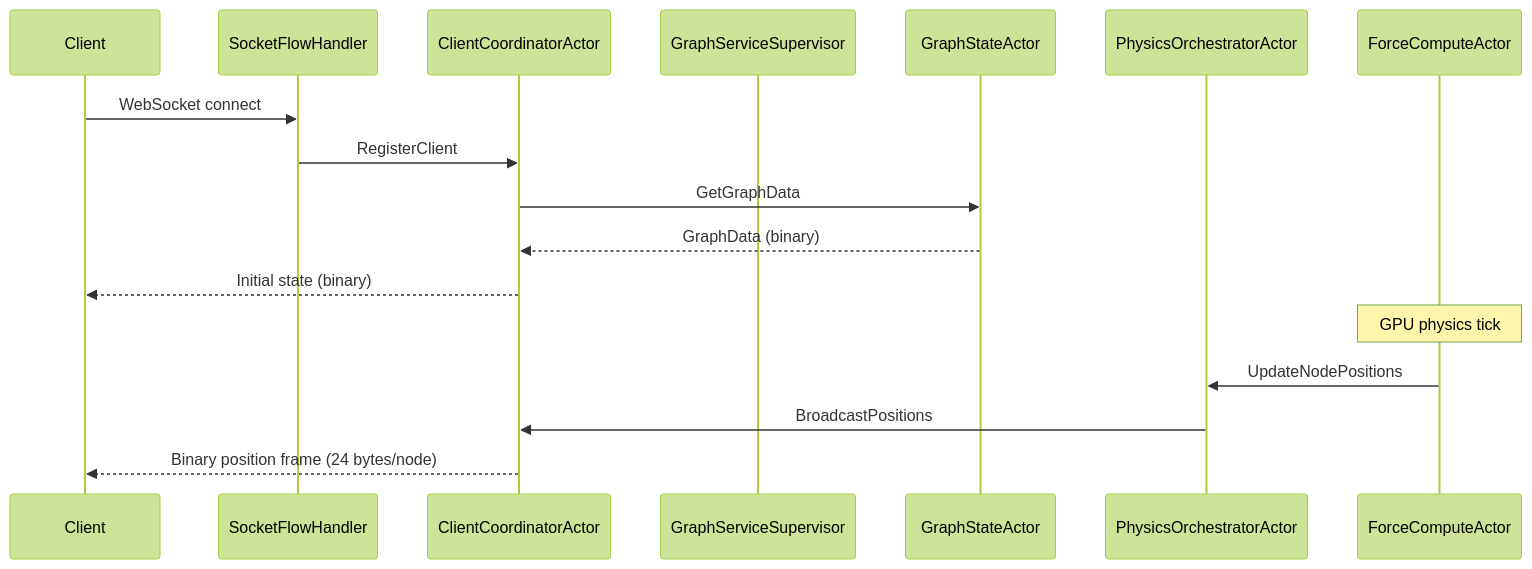
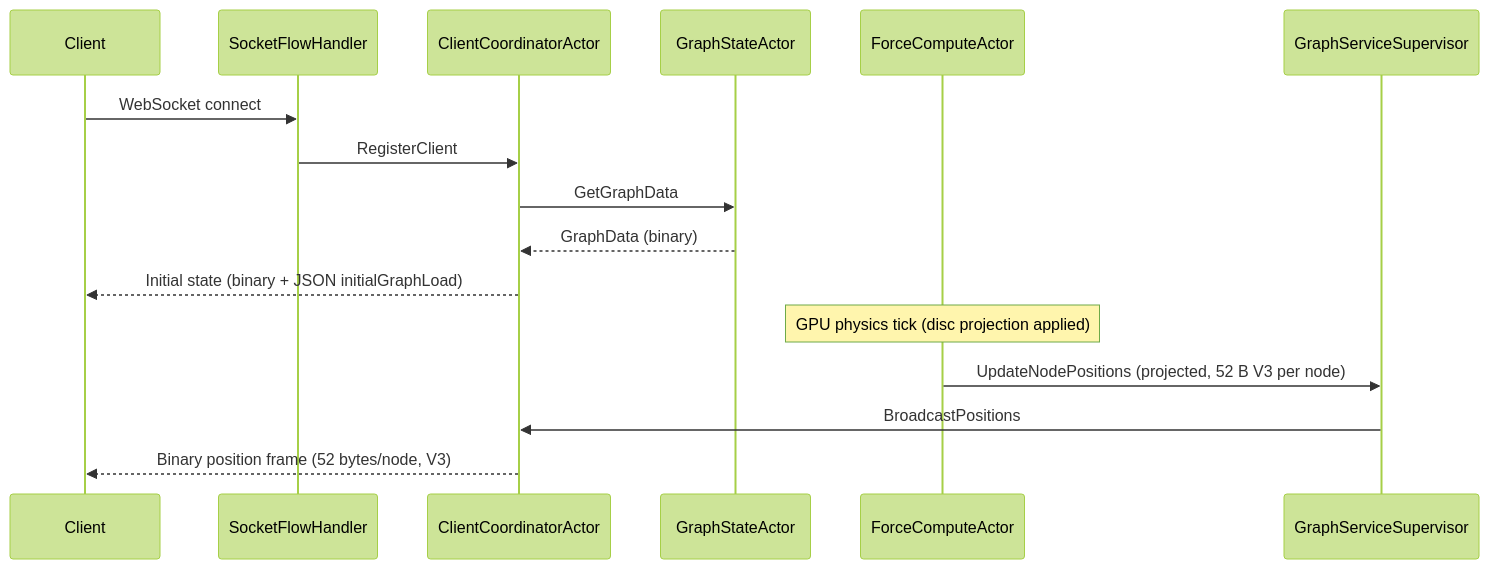
Before and after one commit to shaneholloman/logseq-spring-thing: the second of 4 diagrams in docs/architecture/visionclaw-rust-backend.md, drawn with Mermaid (forest theme). The commit also changed other lines of this file and 24 other files, not shown here.

First line of the commit message:
fix(viz): canonical physics defaults, decoupled disc radius, GPU grid-resize IMA + analytics dedup

````diff
--- a/docs/architecture/visionclaw-rust-backend.md
+++ b/docs/architecture/visionclaw-rust-backend.md
@@ -139,21 +145,20 @@
 ```mermaid
 sequenceDiagram
     participant Client
     participant WS as SocketFlowHandler
     participant CC as ClientCoordinatorActor
+    participant GSA as GraphStateActor
+    participant FCA as ForceComputeActor
     participant GSS as GraphServiceSupervisor
-    participant GSA as GraphStateActor
-    participant PO as PhysicsOrchestratorActor
-    participant FCA as ForceComputeActor
 
     Client->>WS: WebSocket connect
     WS->>CC: RegisterClient
     CC->>GSA: GetGraphData
     GSA-->>CC: GraphData (binary)
-    CC-->>Client: Initial state (binary)
+    CC-->>Client: Initial state (binary + JSON initialGraphLoad)
 
-    Note over FCA: GPU physics tick
-    FCA->>PO: UpdateNodePositions
-    PO->>CC: BroadcastPositions
-    CC-->>Client: Binary position frame (24 bytes/node)
+    Note over FCA: GPU physics tick (disc projection applied)
+    FCA->>GSS: UpdateNodePositions (projected, 52 B V3 per node)
+    GSS->>CC: BroadcastPositions
+    CC-->>Client: Binary position frame (52 bytes/node, V3)
 ```
````
